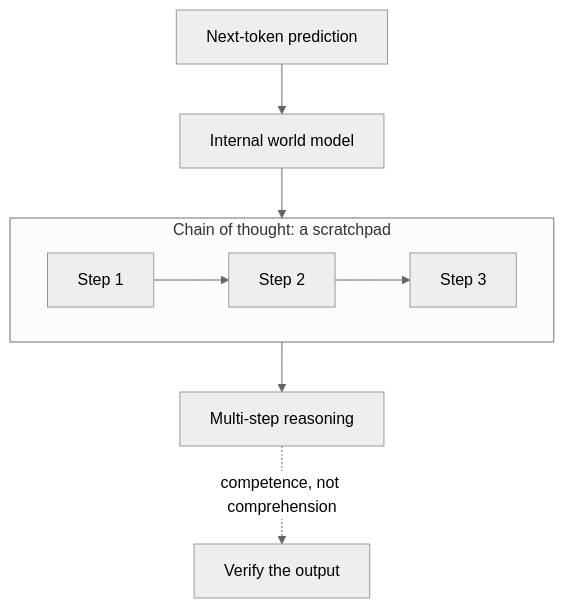
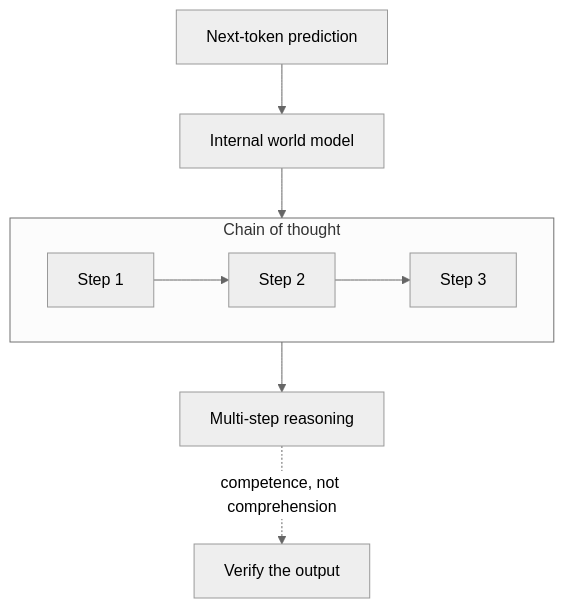
One commit to ChristineTham/aidou changed the second of 6 diagrams in book/01-foundations.md. Above: the diagram before and after it, drawn with Mermaid (neutral theme). The commit also changed 4 other files, not shown here.

First line of the commit message:
Fix Mermaid subgraph theming (light cluster; no label clipping)

````diff
--- a/book/01-foundations.md
+++ b/book/01-foundations.md
@@ -51,11 +51,11 @@
 ```mermaid
 flowchart TB
     P[Next-token prediction] --> W[Internal world model]
     W --> S
-    subgraph S [Chain of thought: a scratchpad]
+    subgraph S [Chain of thought]
       direction LR
       S1[Step 1] --> S2[Step 2] --> S3[Step 3]
     end
     S --> R[Multi-step reasoning]
     R -.->|competence, not comprehension| V[Verify the output]
 ```
````
